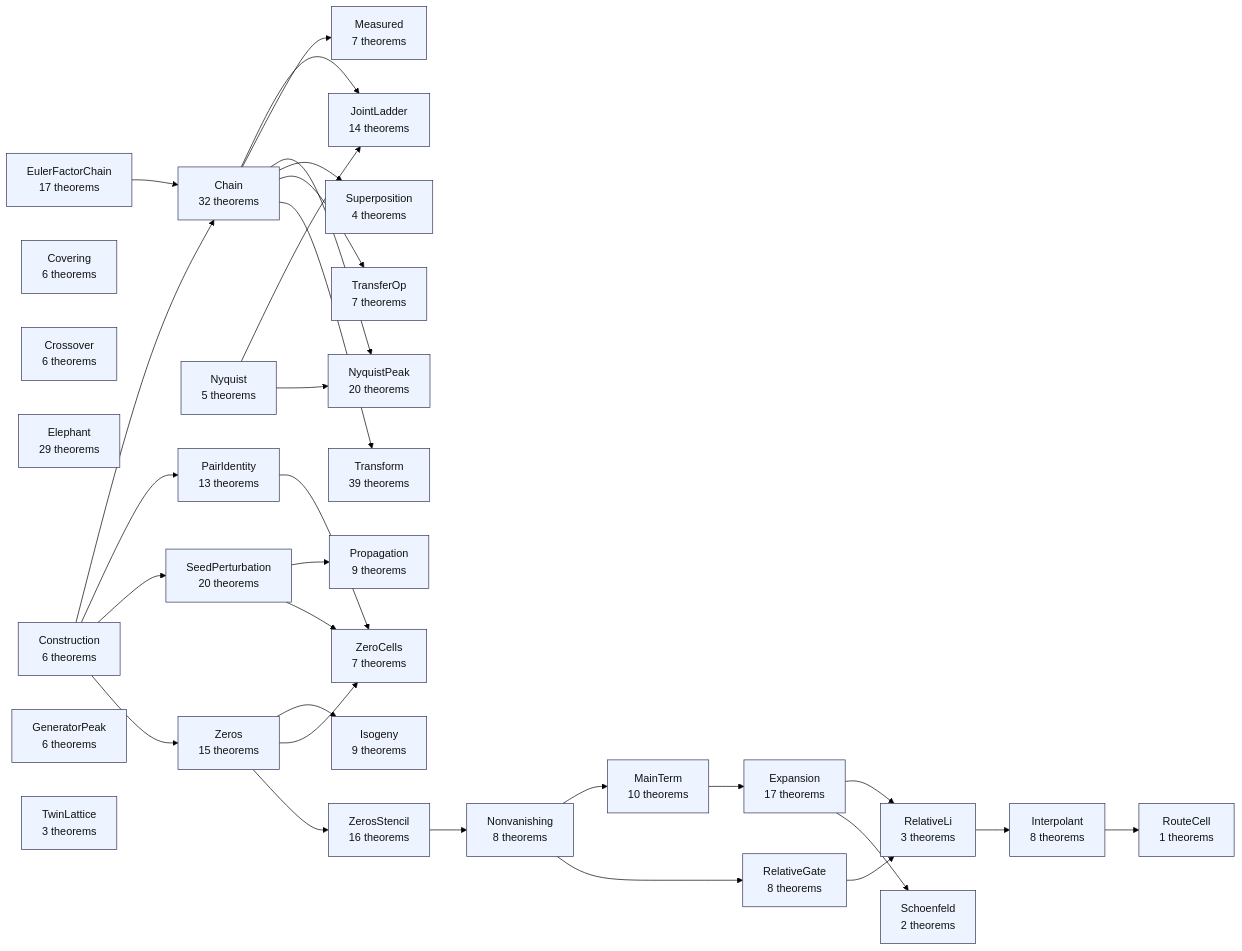
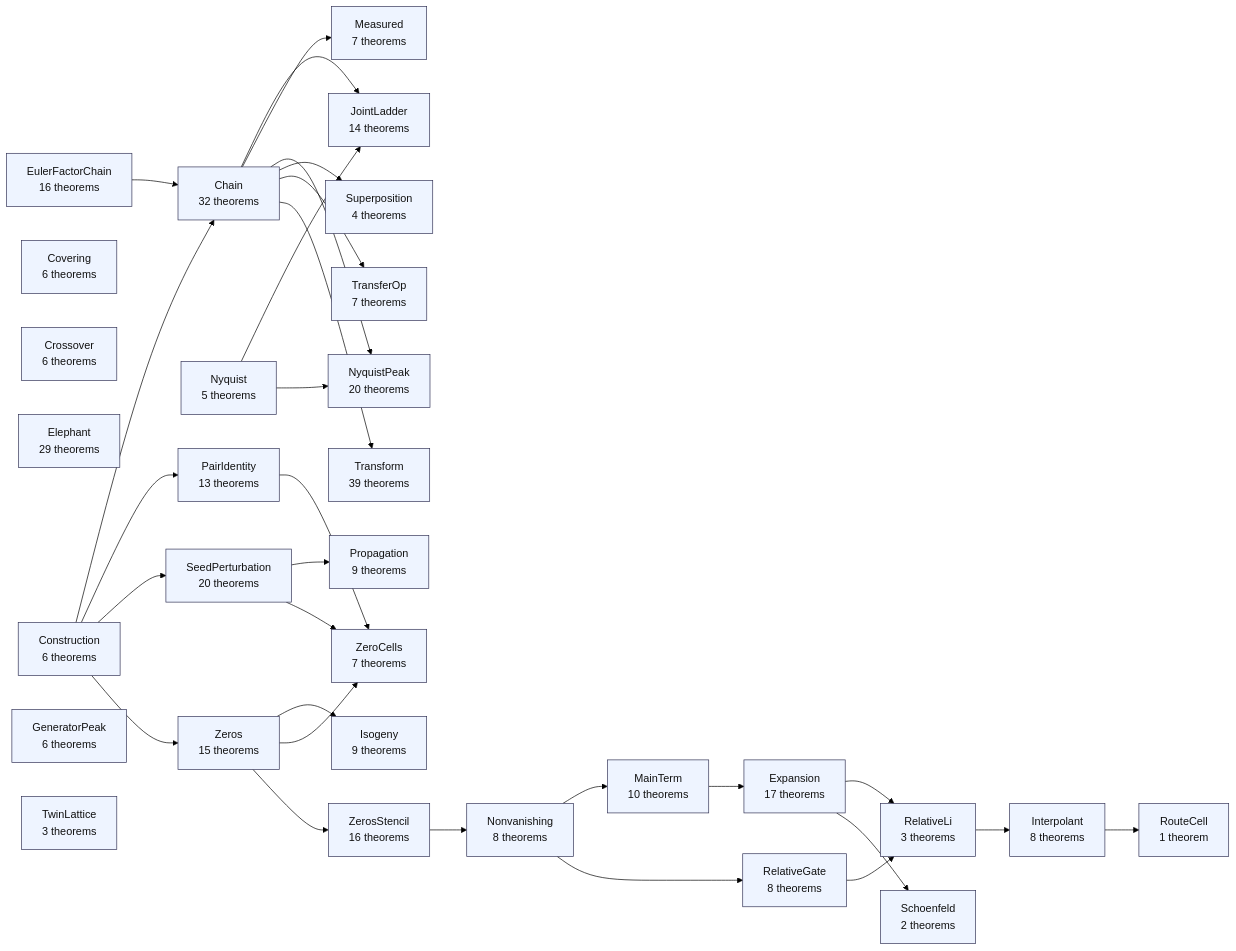
The first of 3 diagrams in map/README.md (juliansambranojr/Primebeat_081426), drawn with Mermaid (forest theme) before and after one commit. The commit also changed other lines of this file and 387 other files, not shown here.

First line of the commit message:
map/: arrows now come from Lean's own record of what each proof uses; every theorem gets Proves, Needs, Fed by, Feeds; chain pages for the long ends; ALL.md; RECONCILE.md

````diff
--- a/map/README.md
+++ b/map/README.md
@@ -15,67 +36,66 @@
 ```mermaid
 flowchart LR
   f0["Chain<br/>32 theorems"]:::thm
   f1["Construction<br/>6 theorems"]:::thm
   f2["Covering<br/>6 theorems"]:::thm
   f3["Crossover<br/>6 theorems"]:::thm
   f4["Elephant<br/>29 theorems"]:::thm
-  f5["EulerFactorChain<br/>17 theorems"]:::thm
+  f5["EulerFactorChain<br/>16 theorems"]:::thm
   f6["Expansion<br/>17 theorems"]:::thm
   f7["GeneratorPeak<br/>6 theorems"]:::thm
   f8["Interpolant<br/>8 theorems"]:::thm
   f9["Isogeny<br/>9 theorems"]:::thm
   f10["JointLadder<br/>14 theorems"]:::thm
   f11["MainTerm<br/>10 theorems"]:::thm
   f12["Measured<br/>7 theorems"]:::thm
   f13["Nonvanishing<br/>8 theorems"]:::thm
   f14["Nyquist<br/>5 theorems"]:::thm
   f15["NyquistPeak<br/>20 theorems"]:::thm
   f16["PairIdentity<br/>13 theorems"]:::thm
   f17["Propagation<br/>9 theorems"]:::thm
   f18["RelativeGate<br/>8 theorems"]:::thm
   f19["RelativeLi<br/>3 theorems"]:::thm
-  f20["RouteCell<br/>1 theorems"]:::thm
+  f20["RouteCell<br/>1 theorem"]:::thm
   f21["Schoenfeld<br/>2 theorems"]:::thm
   f22["SeedPerturbation<br/>20 theorems"]:::thm
   f23["Superposition<br/>4 theorems"]:::thm
   f24["TransferOp<br/>7 theorems"]:::thm
   f25["Transform<br/>39 theorems"]:::thm
   f26["TwinLattice<br/>3 theorems"]:::thm
   f27["ZeroCells<br/>7 theorems"]:::thm
   f28["Zeros<br/>15 theorems"]:::thm
   f29["ZerosStencil<br/>16 theorems"]:::thm
   f1 --> f0
   f5 --> f0
   f11 --> f6
   f19 --> f8
   f28 --> f9
   f0 --> f10
   f14 --> f10
   f13 --> f11
   f0 --> f12
   f29 --> f13
   f0 --> f15
   f14 --> f15
   f1 --> f16
   f22 --> f17
   f13 --> f18
   f6 --> f19
   f18 --> f19
   f8 --> f20
   f6 --> f21
   f1 --> f22
   f0 --> f23
   f0 --> f24
   f0 --> f25
   f16 --> f27
   f22 --> f27
   f28 --> f27
   f1 --> f28
   f28 --> f29
   classDef thm fill:#eef4ff,stroke:#335,color:#111
-  classDef dfn fill:#f2f2f2,stroke:#777,color:#111
   classDef end_ fill:#e7f7e7,stroke:#2a7,color:#111,stroke-width:2px
   classDef lone fill:#fff,stroke:#999,color:#111,stroke-dasharray:4 3
   classDef bad fill:#ffe5e5,stroke:#c22,color:#111,stroke-width:2px
-  classDef ext fill:#fff8e1,stroke:#b80,color:#111,stroke-dasharray:2 2
+  classDef ext fill:#fff8e1,stroke:#b80,color:#111
 ```
````
